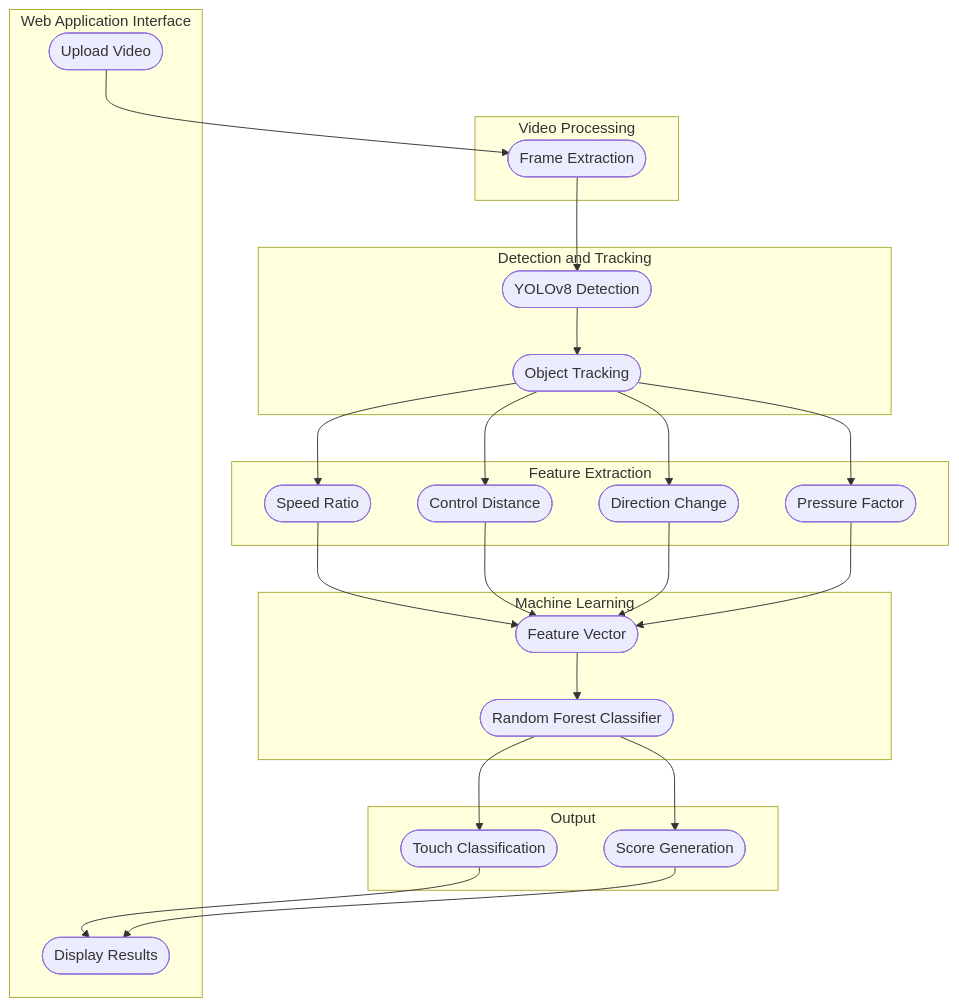
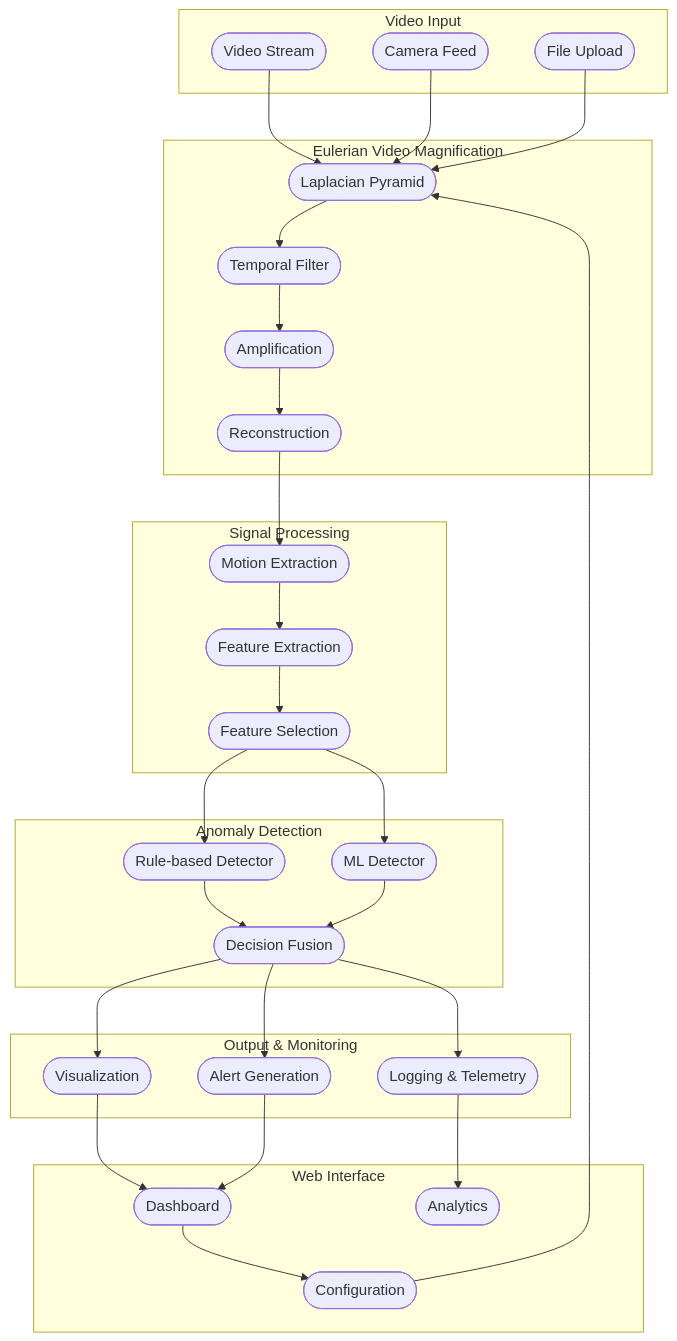
Before and after one commit to BodanampatiMohith/Microanamoly-Detection: the diagram in README.md, drawn with Mermaid. The commit also changed other lines of this file and 170 other files, not shown here.

````diff
--- a/README.md
+++ b/README.md
@@ -25,54 +21,67 @@
 ```mermaid
 flowchart TD
-    subgraph VP[Video Processing]
-        FE([Frame Extraction])
+    subgraph INPUT[Video Input]
+        V([Video Stream])
+        C([Camera Feed])
+        F([File Upload])
     end
 
-    subgraph DT[Detection and Tracking]
-        YD([YOLOv8 Detection])
-        OT([Object Tracking])
+    subgraph EVM[Eulerian Video Magnification]
+        LP([Laplacian Pyramid])
+        TF([Temporal Filter])
+        AMP([Amplification])
+        RECON([Reconstruction])
     end
 
-    subgraph FX[Feature Extraction]
-        SR([Speed Ratio])
-        CD([Control Distance])
-        DC([Direction Change])
-        PF([Pressure Factor])
+    subgraph SIG[Signal Processing]
+        ME([Motion Extraction])
+        FE([Feature Extraction])
+        FS([Feature Selection])
     end
 
-    subgraph ML[Machine Learning]
-        FV([Feature Vector])
-        RF([Random Forest Classifier])
+    subgraph AD[Anomaly Detection]
+        RBD([Rule-based Detector])
+        MLD([ML Detector])
+        FUSION([Decision Fusion])
     end
 
-    subgraph OUT[Output]
-        TC([Touch Classification])
-        SG([Score Generation])
+    subgraph OUT[Output & Monitoring]
+        AL([Alert Generation])
+        VIS([Visualization])
+        LOG([Logging & Telemetry])
     end
 
-    subgraph UI[Web Application Interface]
-        UV([Upload Video])
-        DR([Display Results])
+    subgraph UI[Web Interface]
+        DASH([Dashboard])
+        CONFIG([Configuration])
+        ANALYTICS([Analytics])
     end
 
-    FE --> YD
-    YD --> OT
-
-    OT --> SR
-    OT --> CD
-    OT --> DC
-    OT --> PF
-
-    SR --> FV
-    CD --> FV
-    DC --> FV
-    PF --> FV
-
-    FV --> RF
-    RF --> TC
-    RF --> SG
-
-    UV --> FE
-    TC --> DR
-    SG --> DR
+    V --> LP
+    C --> LP
+    F --> LP
+    
+    LP --> TF
+    TF --> AMP
+    AMP --> RECON
+    
+    RECON --> ME
+    ME --> FE
+    FE --> FS
+    
+    FS --> RBD
+    FS --> MLD
+    RBD --> FUSION
+    MLD --> FUSION
+    
+    FUSION --> AL
+    FUSION --> VIS
+    FUSION --> LOG
+    
+    VIS --> DASH
+    AL --> DASH
+    LOG --> ANALYTICS
+    
+    DASH --> CONFIG
+    CONFIG --> LP
 ```
````
